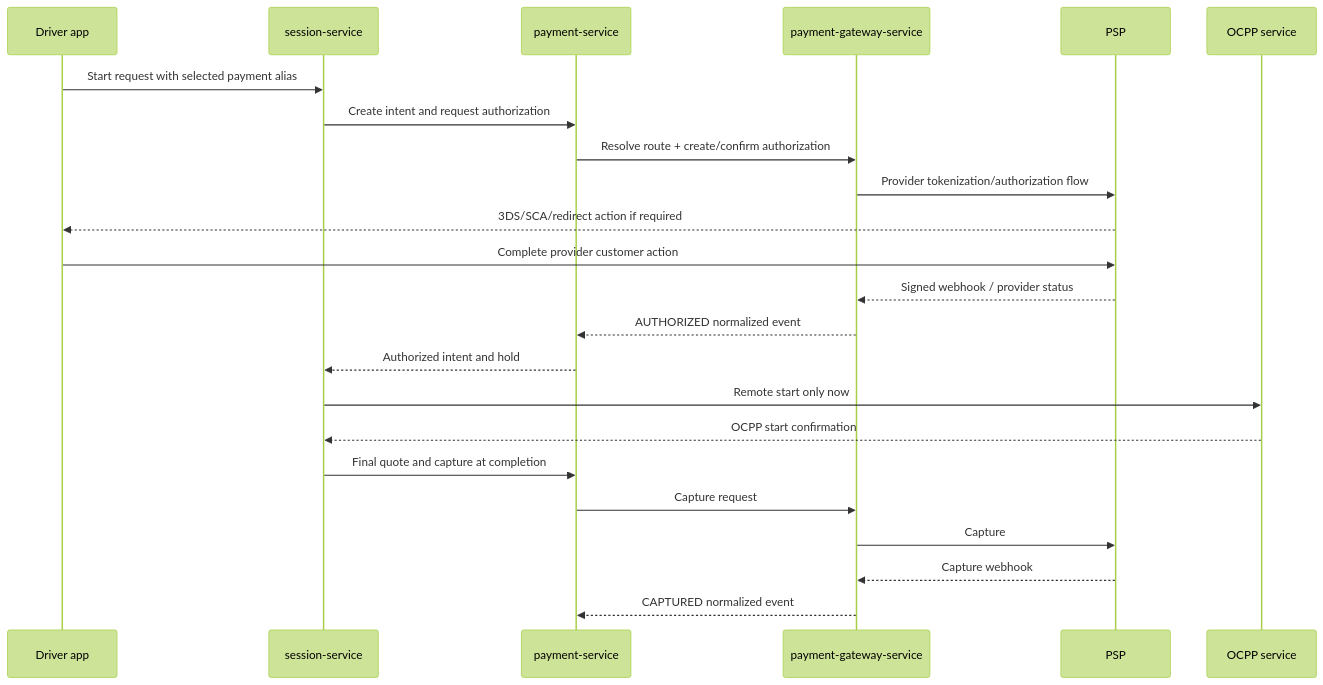
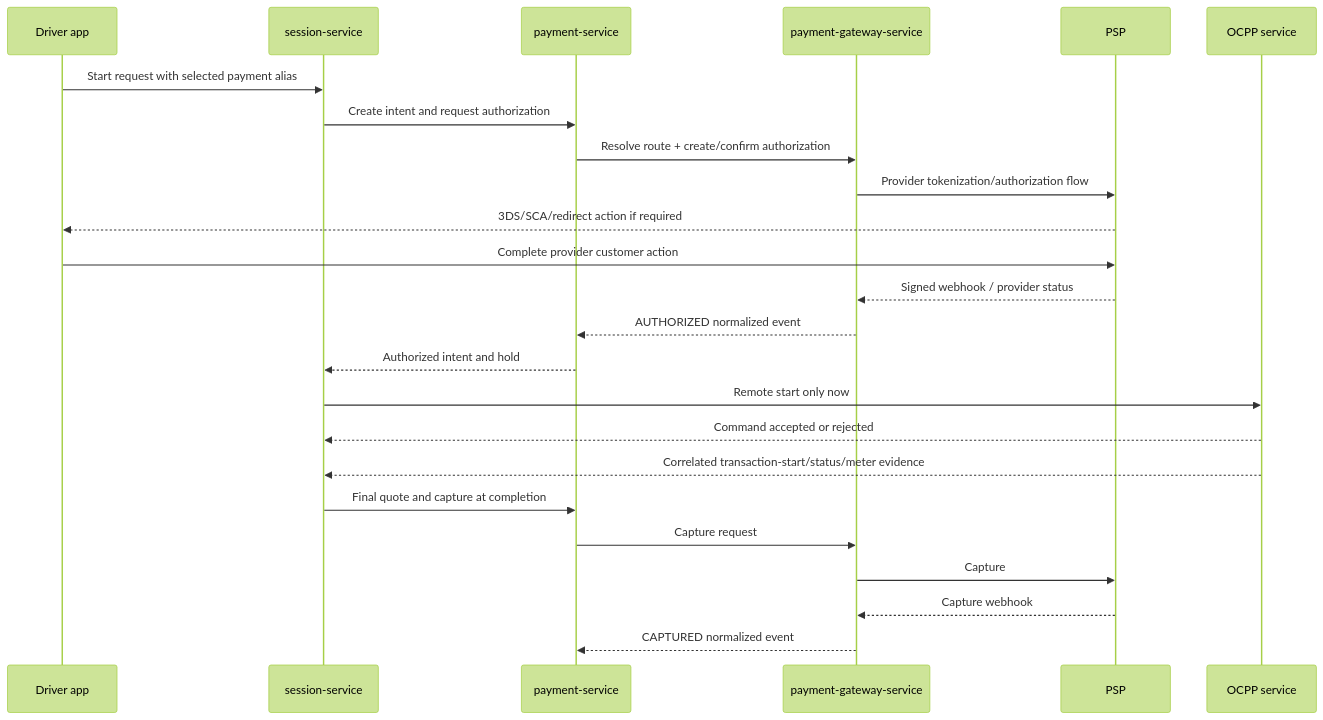
One commit to amolsurjuse/agentic-workflow-orchestrator changed the fourth of 5 diagrams in docs/requests/2026-07-21-production-payment-gateway-architecture/README.md. Above: the diagram before and after it, drawn with Mermaid (forest theme). The commit also changed other lines of this file, not shown here.

Commit message:
docs: add payment compensation and refund flow

````diff
--- a/docs/requests/2026-07-21-production-payment-gateway-architecture/README.md
+++ b/docs/requests/2026-07-21-production-payment-gateway-architecture/README.md
@@ -676,26 +710,27 @@
 ```mermaid
 sequenceDiagram
     participant App as Driver app
     participant S as session-service
     participant P as payment-service
     participant G as payment-gateway-service
     participant X as PSP
     participant O as OCPP service
 
     App->>S: Start request with selected payment alias
     S->>P: Create intent and request authorization
     P->>G: Resolve route + create/confirm authorization
     G->>X: Provider tokenization/authorization flow
     X-->>App: 3DS/SCA/redirect action if required
     App->>X: Complete provider customer action
     X-->>G: Signed webhook / provider status
     G-->>P: AUTHORIZED normalized event
     P-->>S: Authorized intent and hold
     S->>O: Remote start only now
-    O-->>S: OCPP start confirmation
+    O-->>S: Command accepted or rejected
+    O-->>S: Correlated transaction-start/status/meter evidence
     S->>P: Final quote and capture at completion
     P->>G: Capture request
     G->>X: Capture
     X-->>G: Capture webhook
     G-->>P: CAPTURED normalized event
 ```
````
